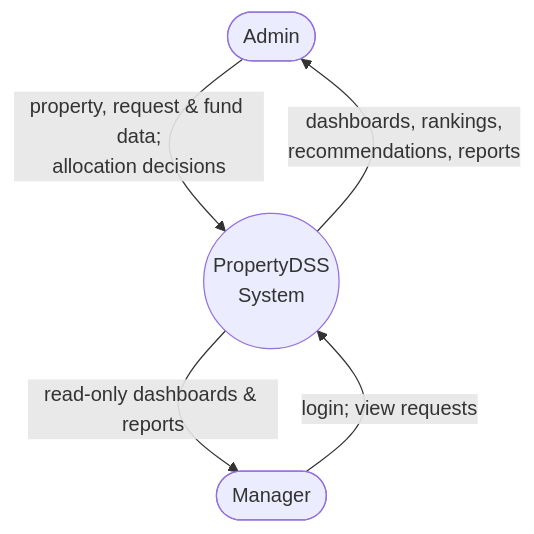
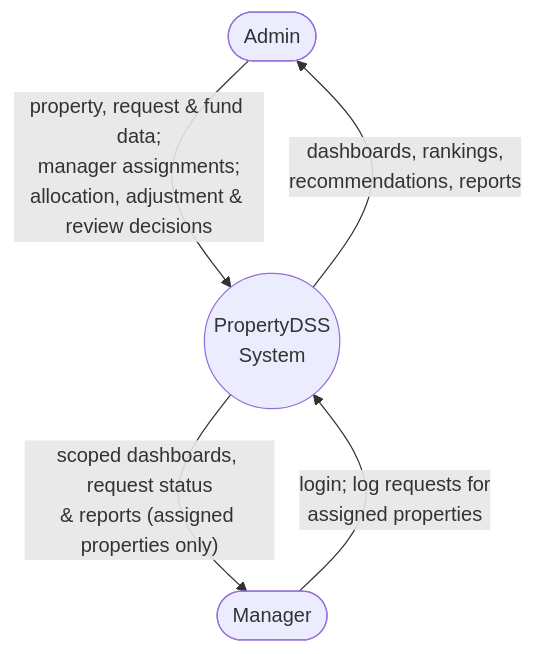
Before and after one commit to Eseohenobhen/property-dss: the fourth of 10 diagrams in docs/diagrams.md, drawn with Mermaid. The commit also changed other lines of this file and 19 other files, not shown here.

Commit message:
updated diagrams and images

````diff
--- a/docs/diagrams.md
+++ b/docs/diagrams.md
@@ -138,11 +179,11 @@
 ```mermaid
 graph TD
   Admin([Admin])
   Manager([Manager])
   P(("PropertyDSS<br/>System"))
 
-  Admin -- "property, request & fund data;<br/>allocation decisions" --> P
+  Admin -- "property, request & fund data;<br/>manager assignments;<br/>allocation, adjustment & review decisions" --> P
   P -- "dashboards, rankings,<br/>recommendations, reports" --> Admin
-  Manager -- "login; view requests" --> P
-  P -- "read-only dashboards & reports" --> Manager
+  Manager -- "login; log requests for<br/>assigned properties" --> P
+  P -- "scoped dashboards, request status<br/>& reports (assigned properties only)" --> Manager
 ```
````
